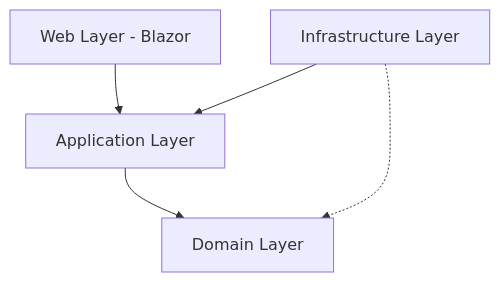
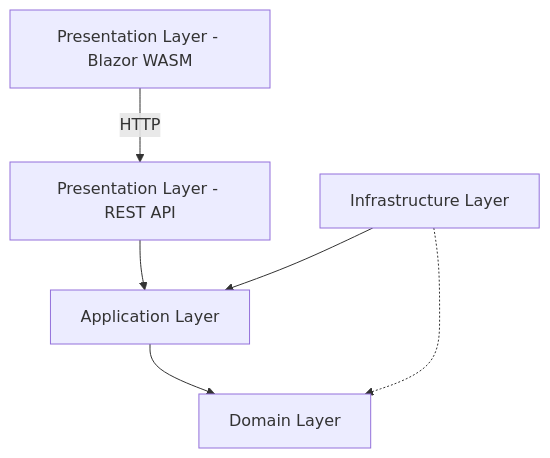
Before and after one commit to gioretti/GajaTrackV2: the diagram in docs/architecture.md, drawn with Mermaid. The commit also changed other lines of this file, not shown here.

Commit message:
docs(architecture): update architecture documentation

````diff
--- a/docs/architecture.md
+++ b/docs/architecture.md
@@ -9,7 +9,8 @@
 ```mermaid
 graph TD
-    Web[Web Layer - Blazor] --> Application[Application Layer]
+    Client[Presentation Layer - Blazor WASM] -->|HTTP| API[Presentation Layer - REST API]
+    API --> Application[Application Layer]
     Infrastructure[Infrastructure Layer] --> Application
     Application --> Domain[Domain Layer]
     Infrastructure -.-> Domain
 ```
````
